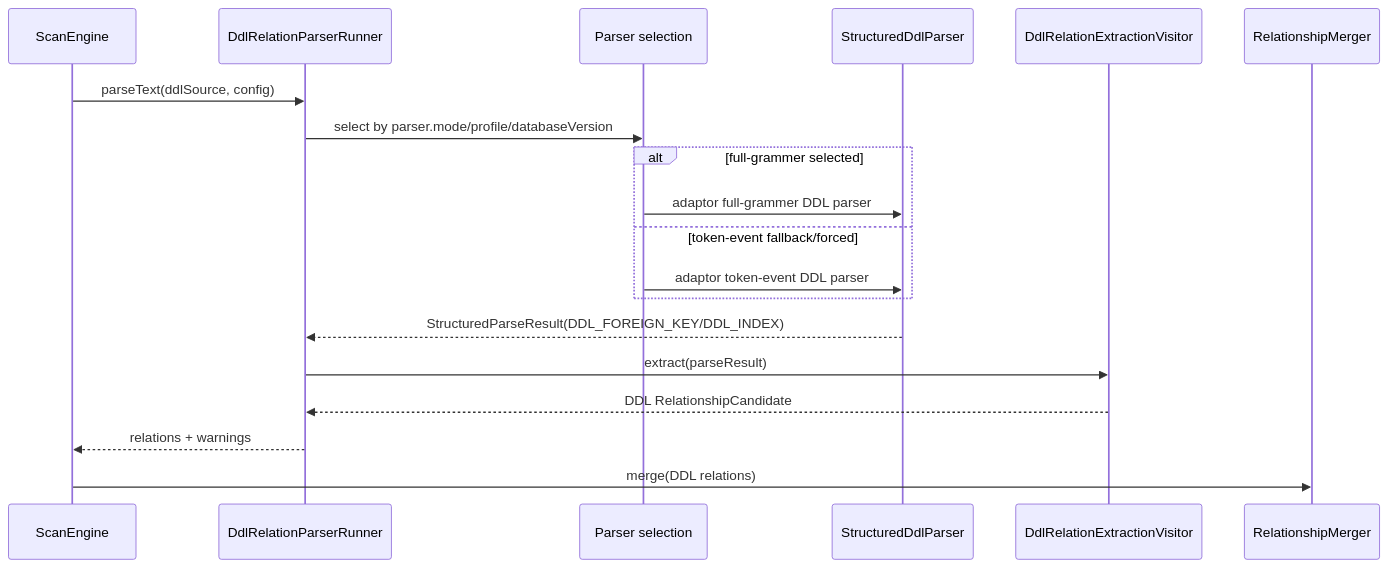
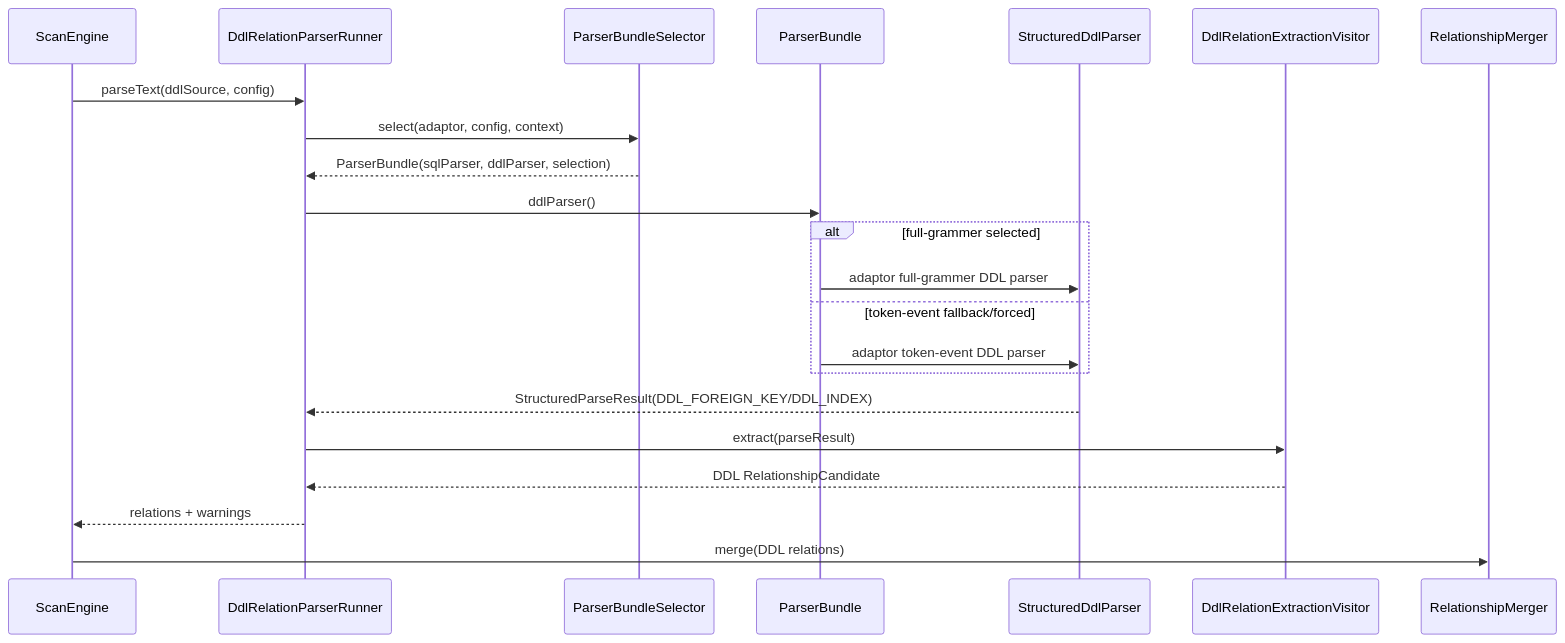
The fifth of 7 diagrams in docs/design/relation-detector/phase-06-parser-enhancement.md (xiaoguang/relation-detector), drawn with Mermaid before and after one commit. The commit also changed other lines of this file and 26 other files, not shown here.

````diff
--- a/docs/design/relation-detector/phase-06-parser-enhancement.md
+++ b/docs/design/relation-detector/phase-06-parser-enhancement.md
@@ -336,22 +335,25 @@
 ```mermaid
 sequenceDiagram
   participant SE as ScanEngine
   participant DR as DdlRelationParserRunner
-  participant PS as Parser selection
+  participant PBS as ParserBundleSelector
+  participant PB as ParserBundle
   participant DP as StructuredDdlParser
   participant DE as DdlRelationExtractionVisitor
   participant RM as RelationshipMerger
 
   SE->>DR: parseText(ddlSource, config)
-  DR->>PS: select by parser.mode/profile/databaseVersion
+  DR->>PBS: select(adaptor, config, context)
+  PBS-->>DR: ParserBundle(sqlParser, ddlParser, selection)
+  DR->>PB: ddlParser()
   alt full-grammer selected
-    PS->>DP: adaptor full-grammer DDL parser
+    PB->>DP: adaptor full-grammer DDL parser
   else token-event fallback/forced
-    PS->>DP: adaptor token-event DDL parser
+    PB->>DP: adaptor token-event DDL parser
   end
   DP-->>DR: StructuredParseResult(DDL_FOREIGN_KEY/DDL_INDEX)
   DR->>DE: extract(parseResult)
   DE-->>DR: DDL RelationshipCandidate
   DR-->>SE: relations + warnings
   SE->>RM: merge(DDL relations)
 ```
````
